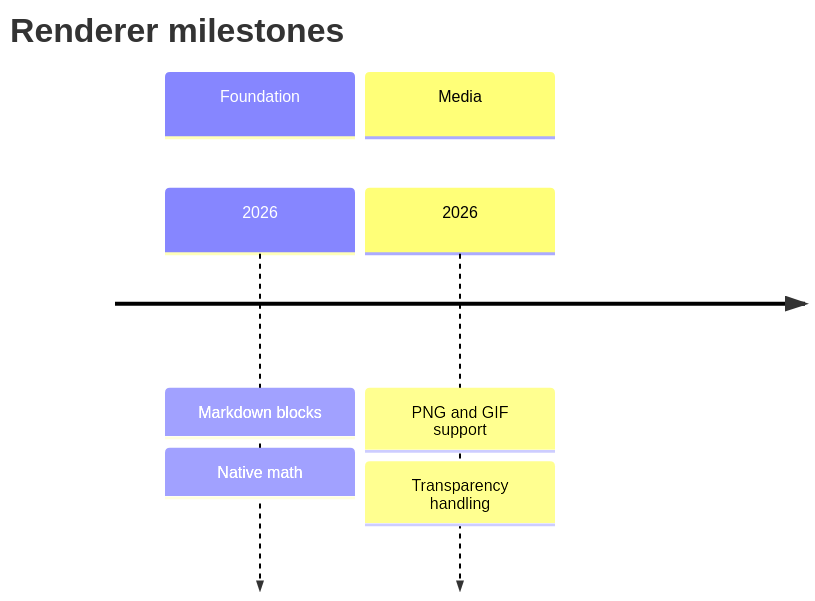
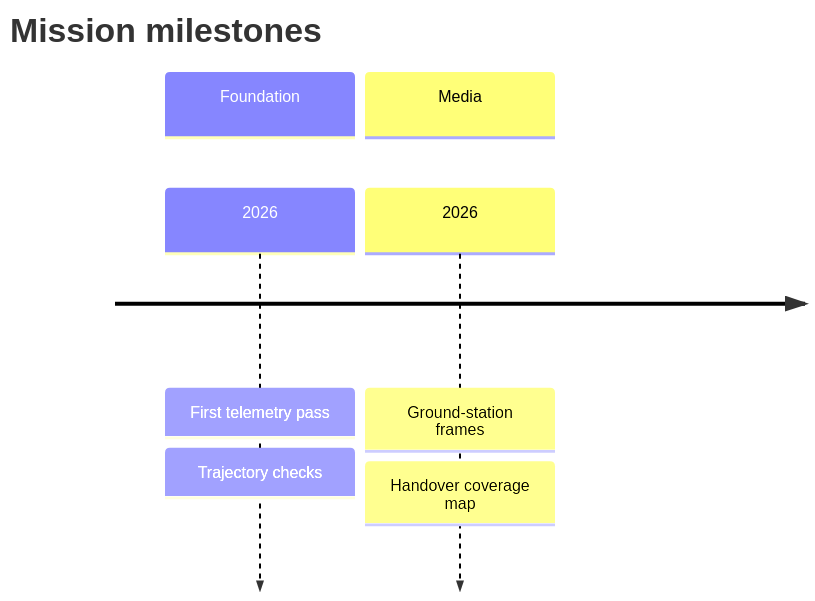
Before and after one commit to Desiment/opentui-markdown-render: diagram 15 of 35 in examples/mermaid.md, drawn with Mermaid. The commit also changed other lines of this file and 36 other files, not shown here.

````diff
--- a/examples/mermaid.md
+++ b/examples/mermaid.md
@@ -196,10 +200,10 @@
 ```mermaid
 timeline
-  title Renderer milestones
+  title Mission milestones
   section Foundation
-  2026 : Markdown blocks
-       : Native math
+  2026 : First telemetry pass
+       : Trajectory checks
   section Media
-  2026 : PNG and GIF support
-       : Transparency handling
+  2026 : Ground-station frames
+       : Handover coverage map
 ```
````
